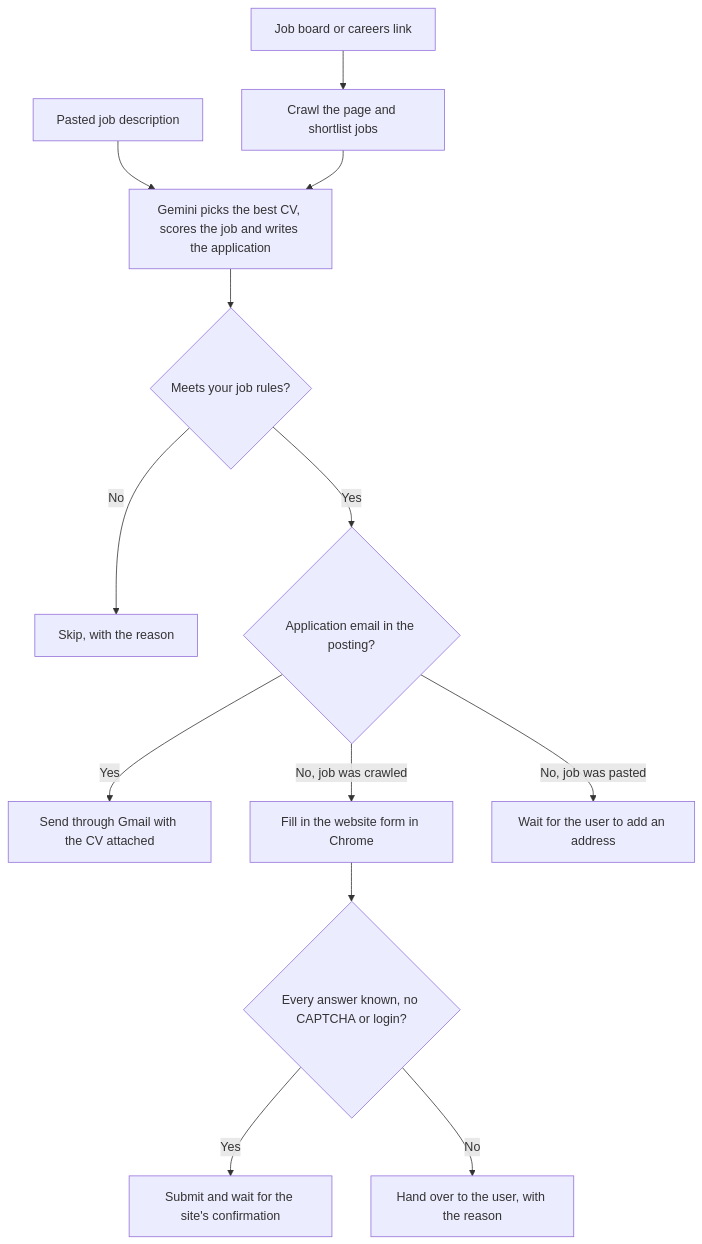
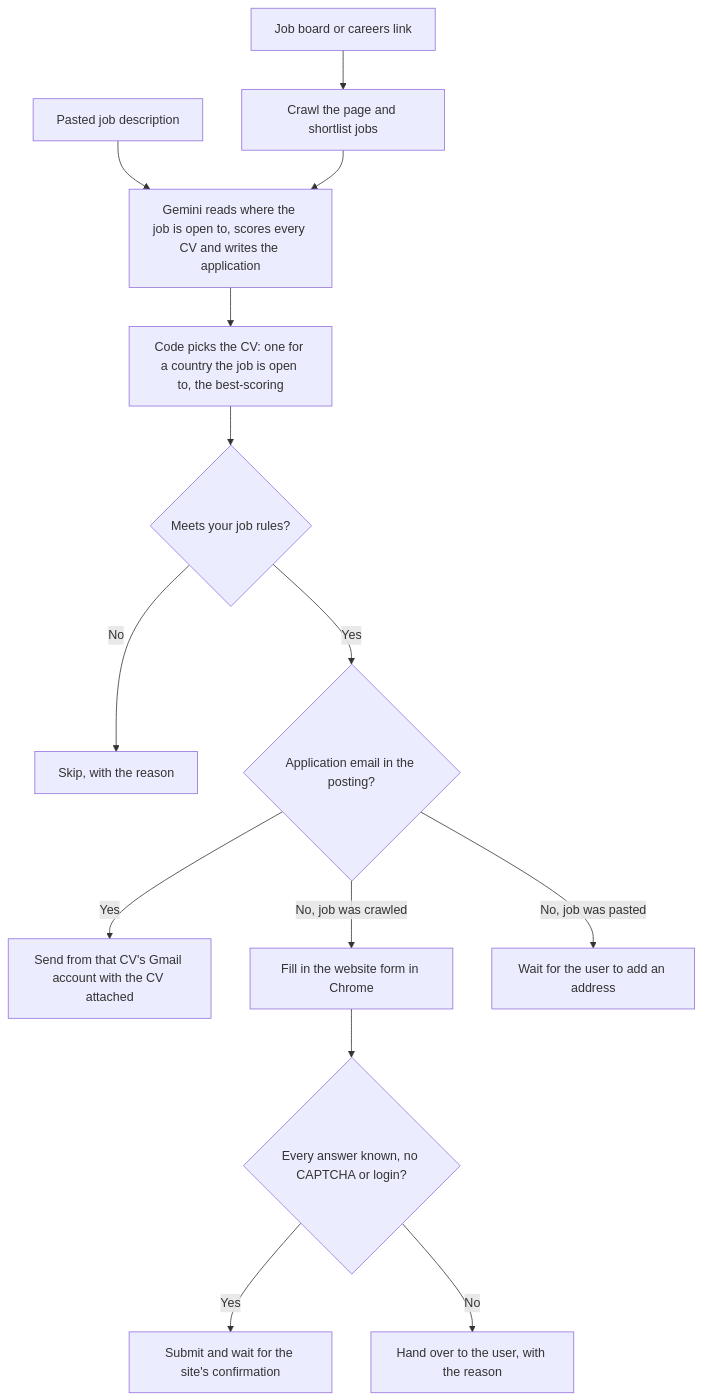
The diagram in README.md (lord-hamza/job-finder), drawn with Mermaid before and after one commit. The commit also changed other lines of this file and 26 other files, not shown here.

````diff
--- a/README.md
+++ b/README.md
@@ -8,15 +8,16 @@
 ```mermaid
 flowchart TD
     A["Pasted job description"] --> C
     B["Job board or careers link"] --> T["Crawl the page and shortlist jobs"]
-    T --> C["Gemini picks the best CV, scores the job and writes the application"]
-    C --> R{"Meets your job rules?"}
+    T --> C["Gemini reads where the job is open to, scores every CV and writes the application"]
+    C --> P["Code picks the CV: one for a country the job is open to, the best-scoring"]
+    P --> R{"Meets your job rules?"}
     R -- No --> S["Skip, with the reason"]
     R -- Yes --> E{"Application email in the posting?"}
-    E -- Yes --> M["Send through Gmail with the CV attached"]
+    E -- Yes --> M["Send from that CV's Gmail account with the CV attached"]
     E -- "No, job was crawled" --> F["Fill in the website form in Chrome"]
     E -- "No, job was pasted" --> W["Wait for the user to add an address"]
     F --> Q{"Every answer known, no CAPTCHA or login?"}
     Q -- Yes --> U["Submit and wait for the site's confirmation"]
     Q -- No --> H["Hand over to the user, with the reason"]
 ```
````
